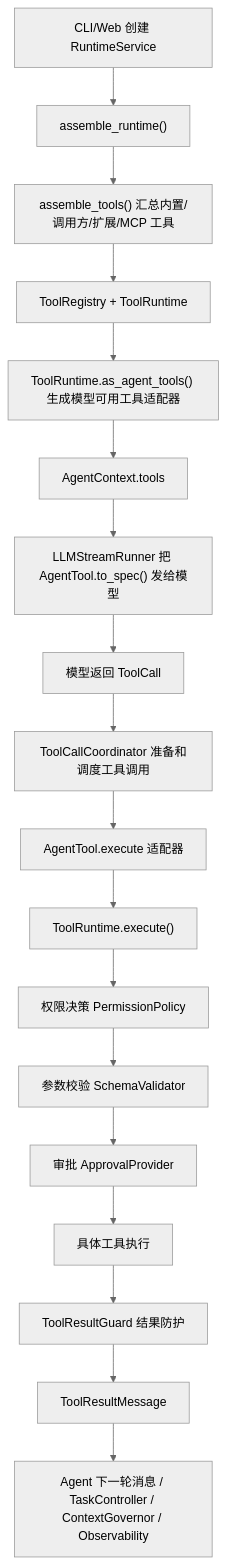
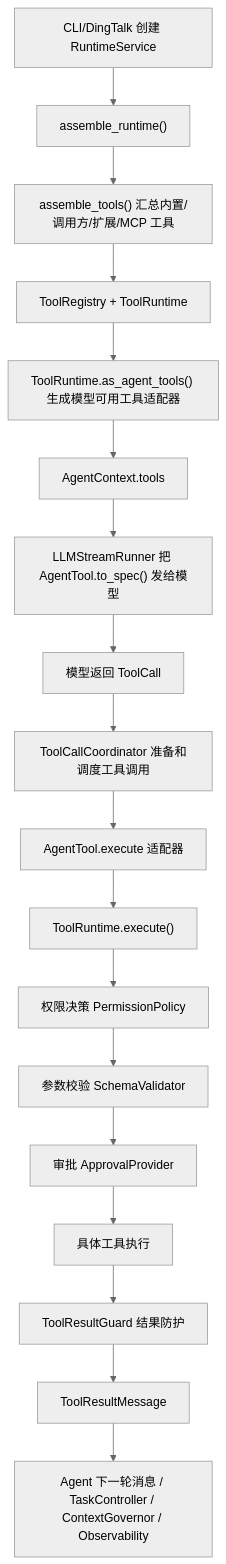
Before and after one commit to gyHMR/Codepilot_stable: the diagram in docs/design/4tool-design.md, drawn with Mermaid (neutral theme). The commit also changed other lines of this file and 37 other files, not shown here.

````diff
--- a/docs/design/4tool-design.md
+++ b/docs/design/4tool-design.md
@@ -51,20 +51,20 @@
 ```mermaid
 flowchart TD
-    A["CLI/Web 创建 RuntimeService"] --> B["assemble_runtime()"]
+    A["CLI/DingTalk 创建 RuntimeService"] --> B["assemble_runtime()"]
     B --> C["assemble_tools() 汇总内置/调用方/扩展/MCP 工具"]
     C --> D["ToolRegistry + ToolRuntime"]
     D --> E["ToolRuntime.as_agent_tools() 生成模型可用工具适配器"]
     E --> F["AgentContext.tools"]
     F --> G["LLMStreamRunner 把 AgentTool.to_spec() 发给模型"]
     G --> H["模型返回 ToolCall"]
     H --> I["ToolCallCoordinator 准备和调度工具调用"]
     I --> J["AgentTool.execute 适配器"]
     J --> K["ToolRuntime.execute()"]
     K --> L["权限决策 PermissionPolicy"]
     L --> M["参数校验 SchemaValidator"]
     M --> N["审批 ApprovalProvider"]
     N --> O["具体工具执行"]
     O --> P["ToolResultGuard 结果防护"]
     P --> Q["ToolResultMessage"]
     Q --> R["Agent 下一轮消息 / TaskController / ContextGovernor / Observability"]
 ```
````
